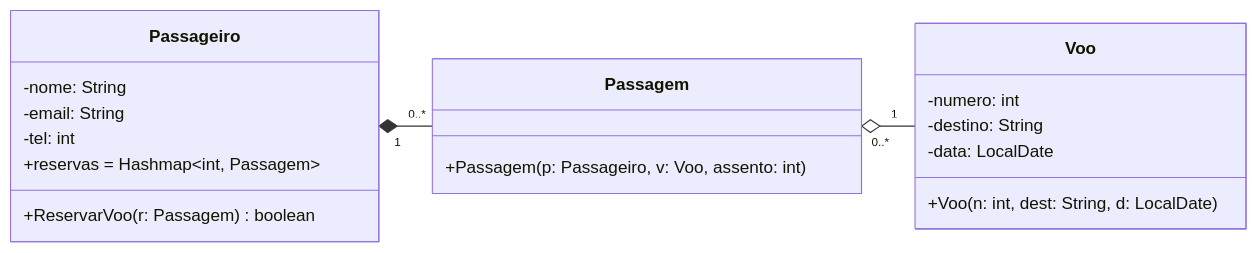
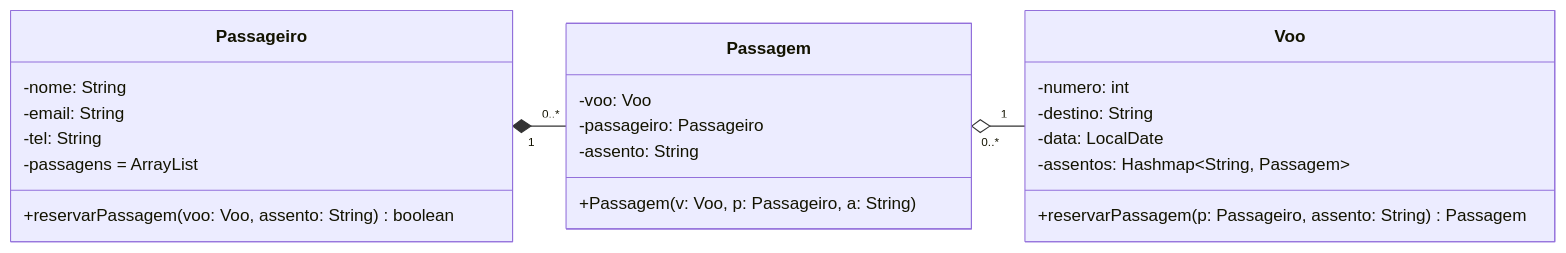
The diagram in lab-04/src/main/java/poo/Passagens/Readme.md (lololibc/POO), drawn with Mermaid before and after one commit. The commit also changed 3 other files, not shown here.

`````diff
--- a/lab-04/src/main/java/poo/Passagens/Readme.md
+++ b/lab-04/src/main/java/poo/Passagens/Readme.md
@@ -3,24 +3,29 @@
 ````mermaid
 classDiagram
 direction LR
 
     Passageiro "1" *-- "0..*" Passagem
-    Passagem "0..* "o-- "1" Voo
+    Passagem "0..* " o-- "1" Voo
+    
     class Voo{
         -numero: int
         -destino: String
         -data: LocalDate
-        +Voo(n: int, dest: String, d: LocalDate)
+        -assentos: Hashmap~String, Passagem~
+        +reservarPassagem(p: Passageiro, assento: String)Passagem
     }
     class Passageiro{
         -nome: String
         -email: String
-        -tel: int
-        +reservas = Hashmap~int, Passagem~
-        +ReservarVoo(r: Passagem)boolean
+        -tel: String
+        -passagens = ArrayList<Passagens>
+        +reservarPassagem(voo: Voo, assento: String)boolean
     }
     class Passagem{
-        +Passagem(p: Passageiro, v: Voo, assento: int)
+        -voo: Voo
+        -passageiro: Passageiro
+        -assento: String
+        +Passagem(v: Voo, p: Passageiro, a: String)
     }
  
 ````
`````
